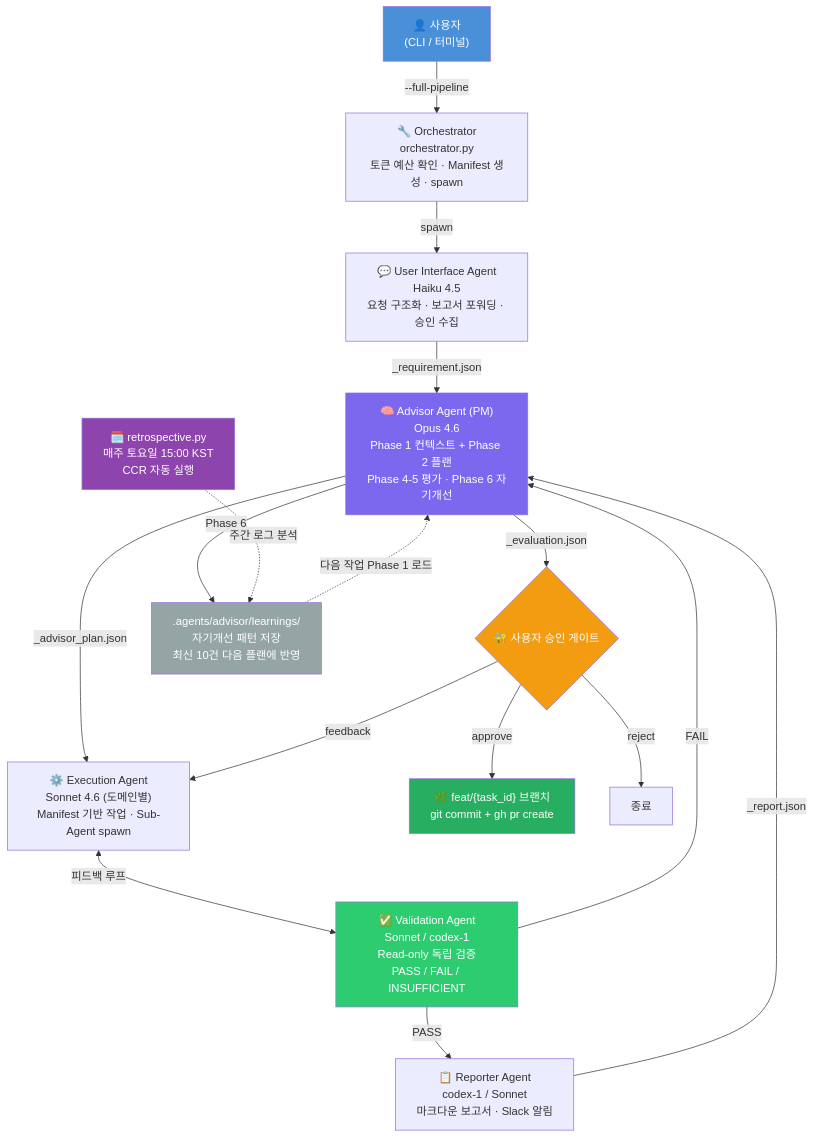
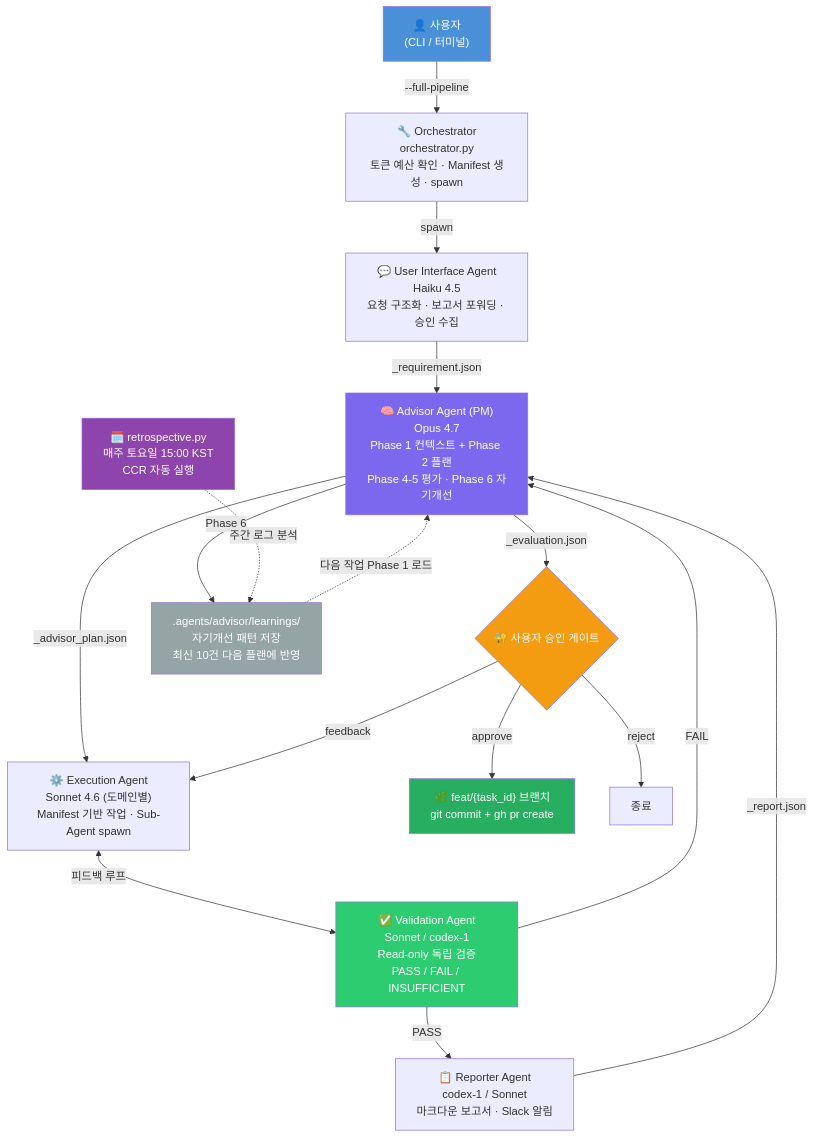
The first of 5 diagrams in global/04_AgentEcosystem/ARCHITECTURE_MAP_MERMAID.md (lioleoil/Personal_Knowledge_Base), drawn with Mermaid before and after one commit. The commit also changed 47 other files, not shown here.

````diff
--- a/global/04_AgentEcosystem/ARCHITECTURE_MAP_MERMAID.md
+++ b/global/04_AgentEcosystem/ARCHITECTURE_MAP_MERMAID.md
@@ -9,38 +9,38 @@
 ```mermaid
 flowchart TD
     USER["👤 사용자\n(CLI / 터미널)"]
     ORC["🔧 Orchestrator\norchestrator.py\n토큰 예산 확인 · Manifest 생성 · spawn"]
     UI["💬 User Interface Agent\nHaiku 4.5\n요청 구조화 · 보고서 포워딩 · 승인 수집"]
-    ADV["🧠 Advisor Agent (PM)\nOpus 4.6\nPhase 1 컨텍스트 + Phase 2 플랜\nPhase 4-5 평가 · Phase 6 자기개선"]
+    ADV["🧠 Advisor Agent (PM)\nOpus 4.7\nPhase 1 컨텍스트 + Phase 2 플랜\nPhase 4-5 평가 · Phase 6 자기개선"]
     EXE["⚙️ Execution Agent\nSonnet 4.6 (도메인별)\nManifest 기반 작업 · Sub-Agent spawn"]
     VAL["✅ Validation Agent\nSonnet / codex-1\nRead-only 독립 검증\nPASS / FAIL / INSUFFICIENT"]
     REP["📋 Reporter Agent\ncodex-1 / Sonnet\n마크다운 보고서 · Slack 알림"]
     GATE{"🔐 사용자 승인 게이트"}
     GIT["🌿 feat/{task_id} 브랜치\ngit commit + gh pr create"]
     LEARN[".agents/advisor/learnings/\n자기개선 패턴 저장\n최신 10건 다음 플랜에 반영"]
     RETRO["🗓️ retrospective.py\n매주 토요일 15:00 KST\nCCR 자동 실행"]
 
     USER -->|"--full-pipeline"| ORC
     ORC -->|spawn| UI
     UI -->|"_requirement.json"| ADV
     ADV -->|"_advisor_plan.json"| EXE
     EXE <-->|"피드백 루프"| VAL
     VAL -->|PASS| REP
     REP -->|"_report.json"| ADV
     ADV -->|"_evaluation.json"| GATE
     GATE -->|approve| GIT
     GATE -->|reject| END1["종료"]
     GATE -->|feedback| EXE
     VAL -->|FAIL| ADV
     ADV -->|"Phase 6"| LEARN
     LEARN -.->|"다음 작업 Phase 1 로드"| ADV
     RETRO -.->|"주간 로그 분석"| LEARN
 
     style USER fill:#4A90D9,color:#fff
     style ADV fill:#7B68EE,color:#fff
     style VAL fill:#2ECC71,color:#fff
     style GATE fill:#F39C12,color:#fff
     style GIT fill:#27AE60,color:#fff
     style RETRO fill:#8E44AD,color:#fff
     style LEARN fill:#95A5A6,color:#fff
 ```
````
